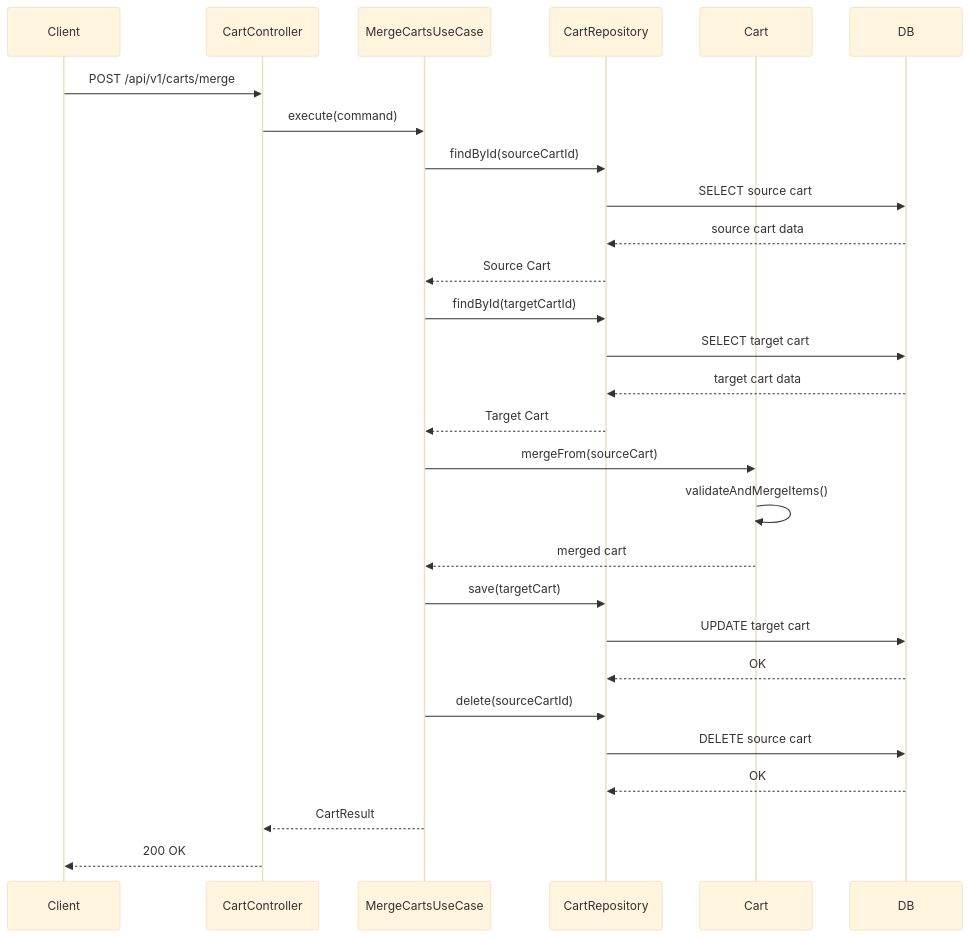
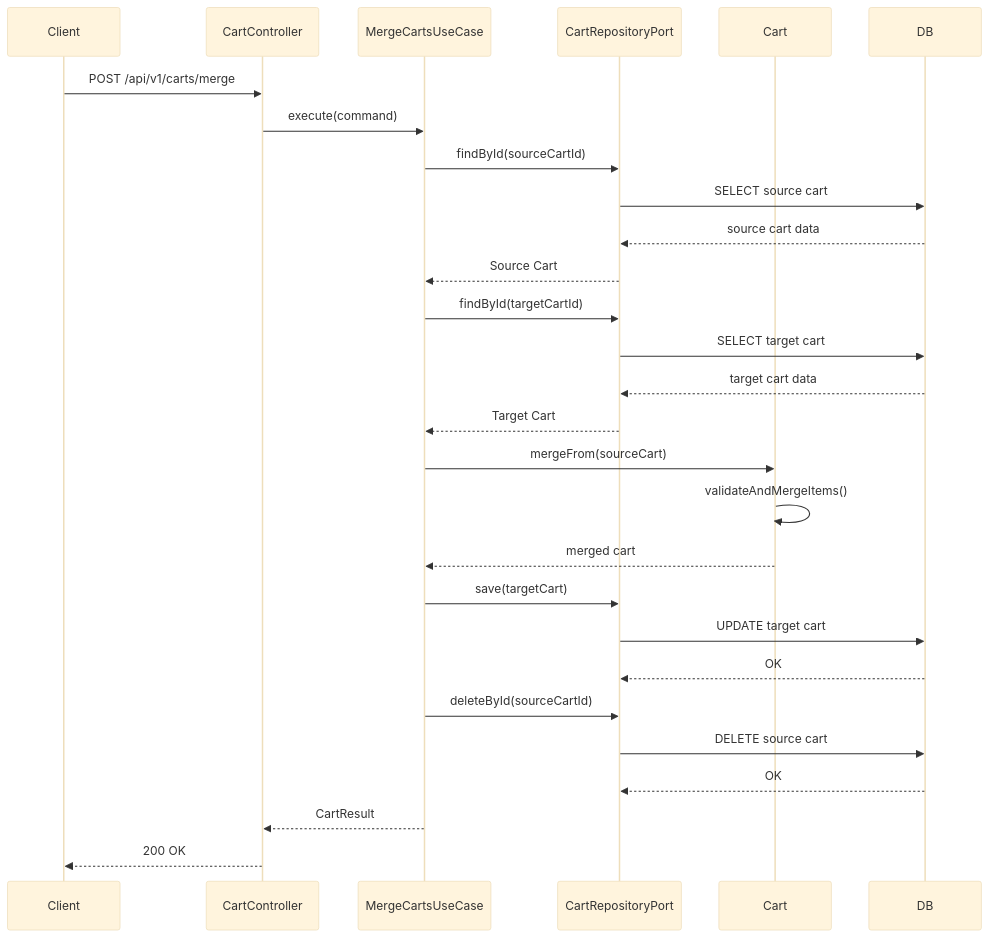
One commit to INNER-CIRCLE-ICD4/Project-3.-Commerce-2 changed the sixth of 7 diagrams in purchasing-service/hexagonal/docs/sequence-diagrams.md. Above: the diagram before and after it, drawn with Mermaid (base theme). The commit also changed other lines of this file, not shown here.

Commit message:
다이어그램에 반영

````diff
--- a/purchasing-service/hexagonal/docs/sequence-diagrams.md
+++ b/purchasing-service/hexagonal/docs/sequence-diagrams.md
@@ -209,42 +215,42 @@
 ```mermaid
 sequenceDiagram
     participant Client
     participant CartController
     participant MergeCartsUseCase
-    participant CartRepository
+    participant CartRepositoryPort
     participant Cart
     participant DB
 
     Client->>CartController: POST /api/v1/carts/merge
     CartController->>MergeCartsUseCase: execute(command)
     
     %% 소스 장바구니 조회
-    MergeCartsUseCase->>CartRepository: findById(sourceCartId)
-    CartRepository->>DB: SELECT source cart
-    DB-->>CartRepository: source cart data
-    CartRepository-->>MergeCartsUseCase: Source Cart
+    MergeCartsUseCase->>CartRepositoryPort: findById(sourceCartId)
+    CartRepositoryPort->>DB: SELECT source cart
+    DB-->>CartRepositoryPort: source cart data
+    CartRepositoryPort-->>MergeCartsUseCase: Source Cart
     
     %% 타겟 장바구니 조회
-    MergeCartsUseCase->>CartRepository: findById(targetCartId)
-    CartRepository->>DB: SELECT target cart
-    DB-->>CartRepository: target cart data
-    CartRepository-->>MergeCartsUseCase: Target Cart
+    MergeCartsUseCase->>CartRepositoryPort: findById(targetCartId)
+    CartRepositoryPort->>DB: SELECT target cart
+    DB-->>CartRepositoryPort: target cart data
+    CartRepositoryPort-->>MergeCartsUseCase: Target Cart
     
     %% 병합
     MergeCartsUseCase->>Cart: mergeFrom(sourceCart)
     Cart->>Cart: validateAndMergeItems()
     Cart-->>MergeCartsUseCase: merged cart
     
     %% 타겟 장바구니 저장
-    MergeCartsUseCase->>CartRepository: save(targetCart)
-    CartRepository->>DB: UPDATE target cart
-    DB-->>CartRepository: OK
+    MergeCartsUseCase->>CartRepositoryPort: save(targetCart)
+    CartRepositoryPort->>DB: UPDATE target cart
+    DB-->>CartRepositoryPort: OK
     
     %% 소스 장바구니 삭제
-    MergeCartsUseCase->>CartRepository: delete(sourceCartId)
-    CartRepository->>DB: DELETE source cart
-    DB-->>CartRepository: OK
+    MergeCartsUseCase->>CartRepositoryPort: deleteById(sourceCartId)
+    CartRepositoryPort->>DB: DELETE source cart
+    DB-->>CartRepositoryPort: OK
     
     MergeCartsUseCase-->>CartController: CartResult
     CartController-->>Client: 200 OK
 ```
````
